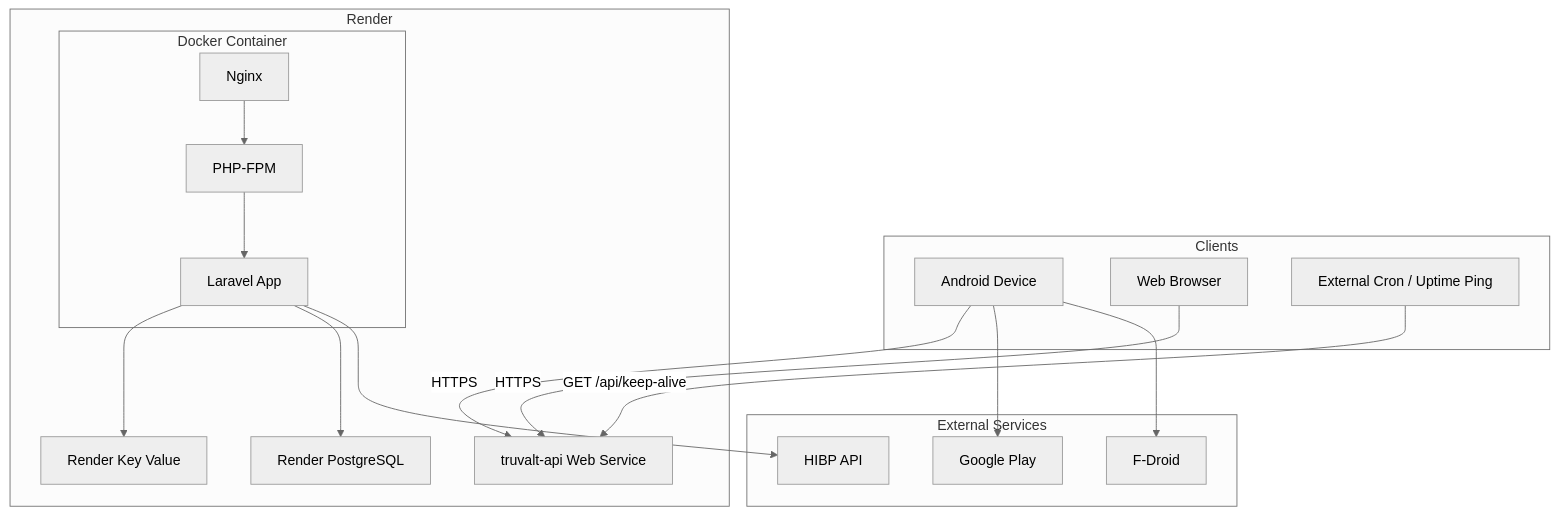
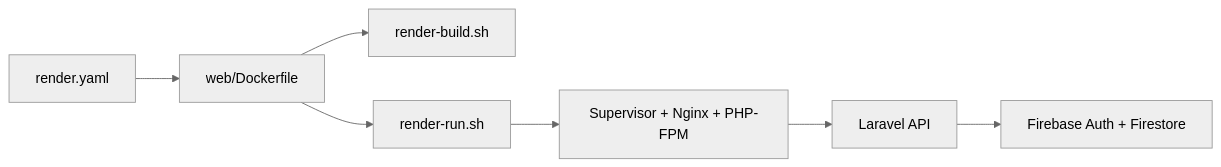
Before and after one commit to abhay-byte/truvalt: the seventh of 7 diagrams in docs/DIAGRAMS.md, drawn with Mermaid (neutral theme). The commit also changed other lines of this file and 49 other files, not shown here.

First line of the commit message:
feat: [TASK-018] Integrate Firebase backend with Android app

````diff
--- a/docs/DIAGRAMS.md
+++ b/docs/DIAGRAMS.md
@@ -578,40 +163,9 @@
 ```mermaid
-flowchart TB
-    subgraph Clients
-        Android["Android Device"]
-        Browser["Web Browser"]
-        Cron["External Cron / Uptime Ping"]
-    end
-    
-    subgraph Cloud["Render"]
-        RenderWeb["truvalt-api Web Service"]
-        
-        subgraph Docker["Docker Container"]
-            Nginx["Nginx"]
-            PHP["PHP-FPM"]
-            Laravel["Laravel App"]
-        end
-        
-        KV["Render Key Value"]
-        DB["Render PostgreSQL"]
-    end
-    
-    subgraph ExternalServices["External Services"]
-        HIBP["HIBP API"]
-        PlayStore["Google Play"]
-        FDroid["F-Droid"]
-    end
-    
-    Android -->|HTTPS| RenderWeb
-    Browser -->|HTTPS| RenderWeb
-    Cron -->|GET /api/keep-alive| RenderWeb
-    
-    Nginx --> PHP
-    PHP --> Laravel
-    Laravel --> KV
-    Laravel --> DB
-    
-    Laravel --> HIBP
-    Android --> PlayStore
-    Android --> FDroid
+flowchart LR
+    Blueprint["render.yaml"] --> Docker["web/Dockerfile"]
+    Docker --> Build["render-build.sh"]
+    Docker --> Run["render-run.sh"]
+    Run --> Supervisor["Supervisor + Nginx + PHP-FPM"]
+    Supervisor --> Laravel["Laravel API"]
+    Laravel --> Firebase["Firebase Auth + Firestore"]
 ```
````
